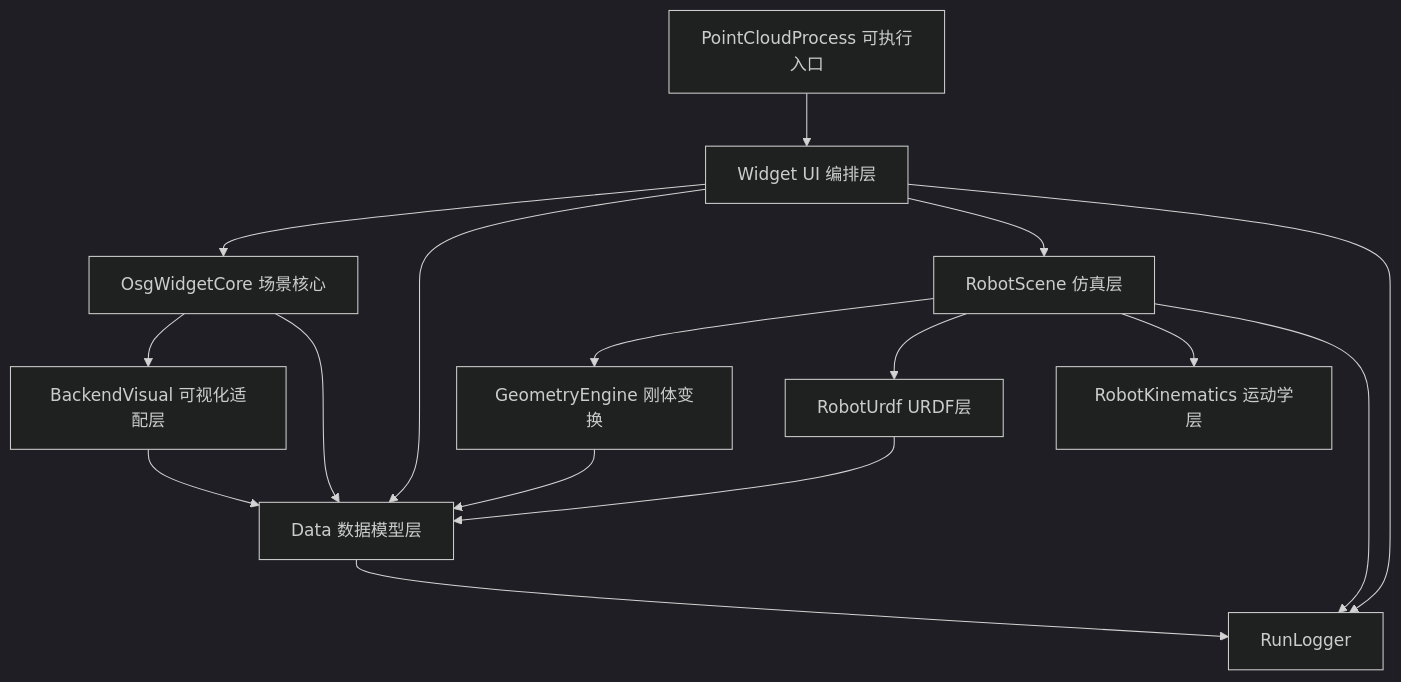
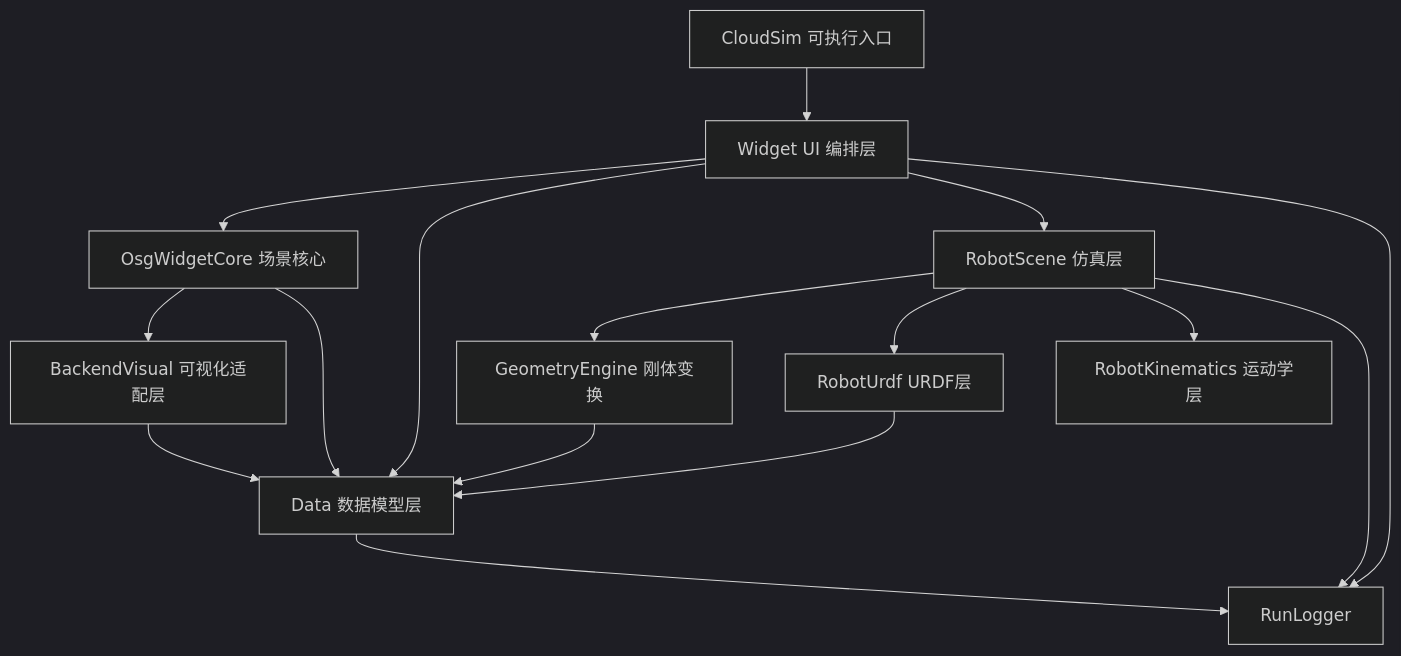
Before and after one commit to sanmunejdn/CloudSim: the first of 7 diagrams in ARCHITECTURE_SUMMARY.md, drawn with Mermaid (dark theme). The commit also changed other lines of this file and 15 other files, not shown here.

````diff
--- a/ARCHITECTURE_SUMMARY.md
+++ b/ARCHITECTURE_SUMMARY.md
@@ -36,18 +36,18 @@
 ```mermaid
 flowchart TD
-    A[PointCloudProcess 可执行入口] --> B[Widget UI 编排层]
+    A[CloudSim 可执行入口] --> B[Widget UI 编排层]
     B --> C[OsgWidgetCore 场景核心]
     B --> D[Data 数据模型层]
     B --> E[RobotScene 仿真层]
     C --> F[BackendVisual 可视化适配层]
     F --> D
     C --> D
     E --> GE[GeometryEngine 刚体变换]
     E --> G[RobotUrdf URDF层]
     E --> H[RobotKinematics 运动学层]
     GE --> D
     G --> D
     B --> I[RunLogger]
     D --> I
     E --> I
 ```
````
